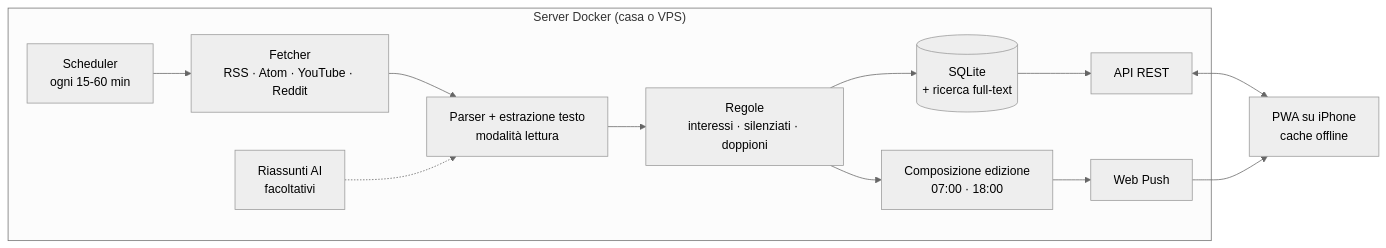
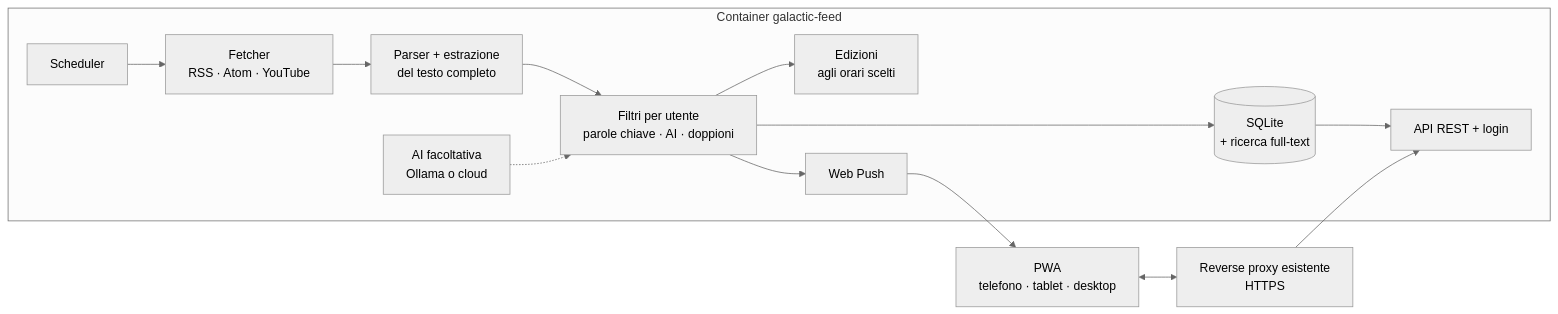
The diagram in docs/ANALISI.md (TehMaat/galactic-feed), drawn with Mermaid (neutral theme) before and after one commit. The commit also changed other lines of this file and 1 other file, not shown here.

````diff
--- a/docs/ANALISI.md
+++ b/docs/ANALISI.md
@@ -30,15 +39,16 @@
 ```mermaid
 flowchart LR
-  subgraph Docker["Server Docker (casa o VPS)"]
-    S[Scheduler<br/>ogni 15-60 min] --> F[Fetcher<br/>RSS · Atom · YouTube · Reddit]
-    F --> P[Parser + estrazione testo<br/>modalità lettura]
-    P --> R[Regole<br/>interessi · silenziati · doppioni]
+  subgraph Docker["Container galactic-feed"]
+    S[Scheduler] --> F[Fetcher<br/>RSS · Atom · YouTube]
+    F --> P[Parser + estrazione<br/>del testo completo]
+    P --> R[Filtri per utente<br/>parole chiave · AI · doppioni]
     R --> DB[(SQLite<br/>+ ricerca full-text)]
-    DB --> API[API REST]
-    R --> E[Composizione edizione<br/>07:00 · 18:00]
-    E --> WP[Web Push]
-    AI[Riassunti AI<br/>facoltativi] -.-> P
+    DB --> API[API REST + login]
+    R --> E[Edizioni<br/>agli orari scelti]
+    R --> WP[Web Push]
+    AI[AI facoltativa<br/>Ollama o cloud] -.-> R
   end
-  API <--> PWA[PWA su iPhone<br/>cache offline]
+  RP[Reverse proxy esistente<br/>HTTPS] --> API
+  PWA[PWA<br/>telefono · tablet · desktop] <--> RP
   WP --> PWA
 ```
````
